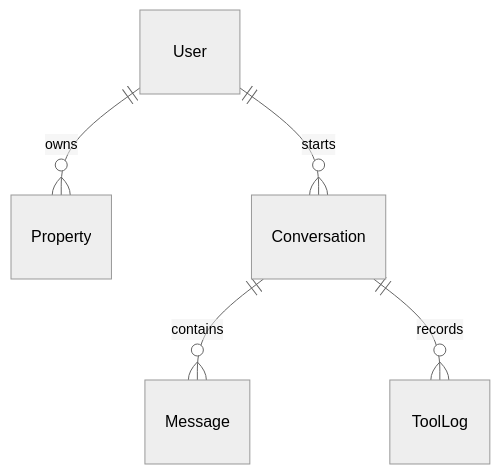
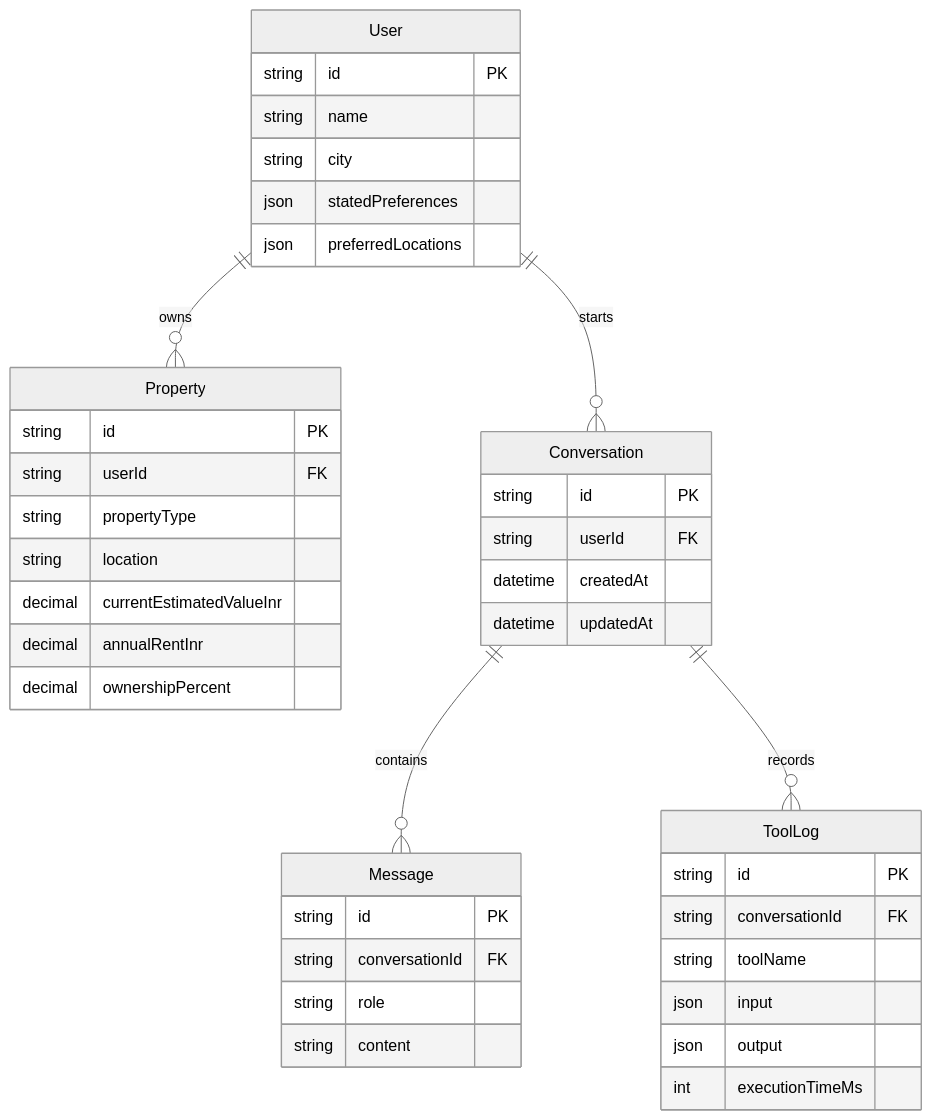
The fourth of 4 diagrams in README.md (chirag-singhh/Assignment), drawn with Mermaid (neutral theme) before and after one commit. The commit also changed other lines of this file and 2 other files, not shown here.

````diff
--- a/README.md
+++ b/README.md
@@ -99,7 +346,44 @@
 ```mermaid
 erDiagram
     User ||--o{ Property : owns
     User ||--o{ Conversation : starts
     Conversation ||--o{ Message : contains
     Conversation ||--o{ ToolLog : records
+
+    User {
+      string id PK
+      string name
+      string city
+      json statedPreferences
+      json preferredLocations
+    }
+    Property {
+      string id PK
+      string userId FK
+      string propertyType
+      string location
+      decimal currentEstimatedValueInr
+      decimal annualRentInr
+      decimal ownershipPercent
+    }
+    Conversation {
+      string id PK
+      string userId FK
+      datetime createdAt
+      datetime updatedAt
+    }
+    Message {
+      string id PK
+      string conversationId FK
+      string role
+      string content
+    }
+    ToolLog {
+      string id PK
+      string conversationId FK
+      string toolName
+      json input
+      json output
+      int executionTimeMs
+    }
 ```
````
